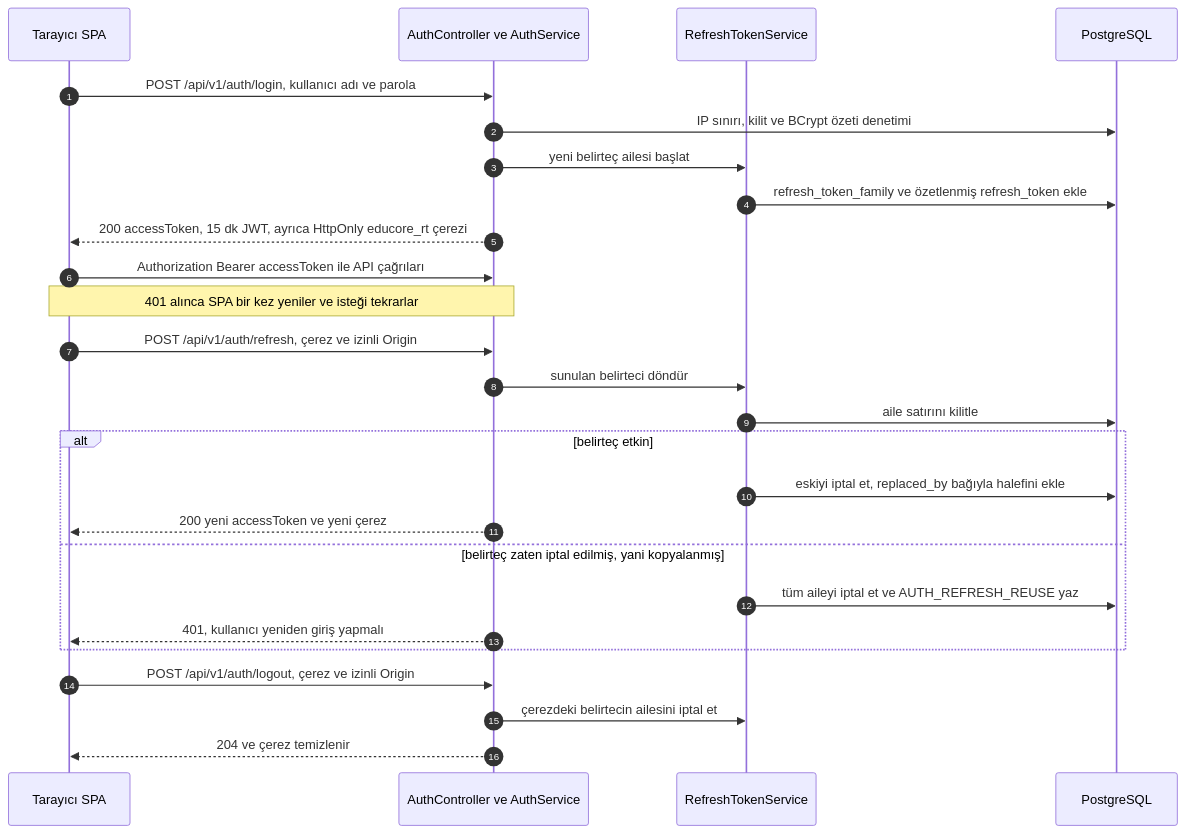
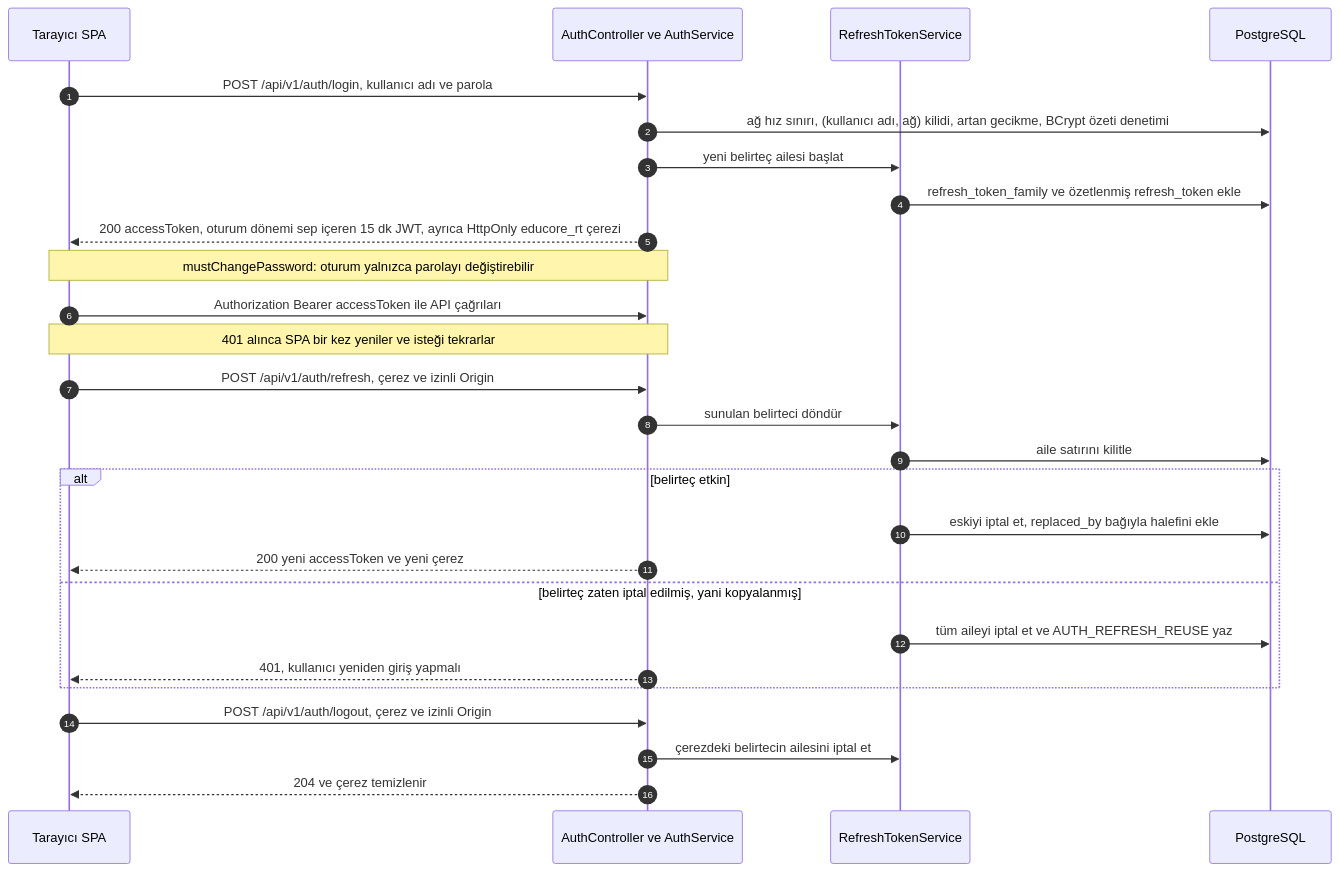
The second of 5 diagrams in README.tr.md (ayberkaarda/EduCore), drawn with Mermaid before and after one commit. The commit also changed other lines of this file and 10 other files, not shown here.

Commit message:
docs(readme): refreshed English and Turkish READMEs with architecture diagrams and new screenshots

````diff
--- a/README.tr.md
+++ b/README.tr.md
@@ -98,29 +116,30 @@
 ```mermaid
 sequenceDiagram
     autonumber
     participant B as Tarayıcı SPA
     participant A as AuthController ve AuthService
     participant R as RefreshTokenService
     participant D as PostgreSQL
 
     B->>A: POST /api/v1/auth/login, kullanıcı adı ve parola
-    A->>D: IP sınırı, kilit ve BCrypt özeti denetimi
+    A->>D: ağ hız sınırı, (kullanıcı adı, ağ) kilidi, artan gecikme, BCrypt özeti denetimi
     A->>R: yeni belirteç ailesi başlat
     R->>D: refresh_token_family ve özetlenmiş refresh_token ekle
-    A-->>B: 200 accessToken, 15 dk JWT, ayrıca HttpOnly educore_rt çerezi
+    A-->>B: 200 accessToken, oturum dönemi sep içeren 15 dk JWT, ayrıca HttpOnly educore_rt çerezi
+    Note over B,A: mustChangePassword: oturum yalnızca parolayı değiştirebilir
     B->>A: Authorization Bearer accessToken ile API çağrıları
     Note over B,A: 401 alınca SPA bir kez yeniler ve isteği tekrarlar
     B->>A: POST /api/v1/auth/refresh, çerez ve izinli Origin
     A->>R: sunulan belirteci döndür
     R->>D: aile satırını kilitle
     alt belirteç etkin
         R->>D: eskiyi iptal et, replaced_by bağıyla halefini ekle
         A-->>B: 200 yeni accessToken ve yeni çerez
     else belirteç zaten iptal edilmiş, yani kopyalanmış
         R->>D: tüm aileyi iptal et ve AUTH_REFRESH_REUSE yaz
         A-->>B: 401, kullanıcı yeniden giriş yapmalı
     end
     B->>A: POST /api/v1/auth/logout, çerez ve izinli Origin
     A->>R: çerezdeki belirtecin ailesini iptal et
     A-->>B: 204 ve çerez temizlenir
 ```
````
